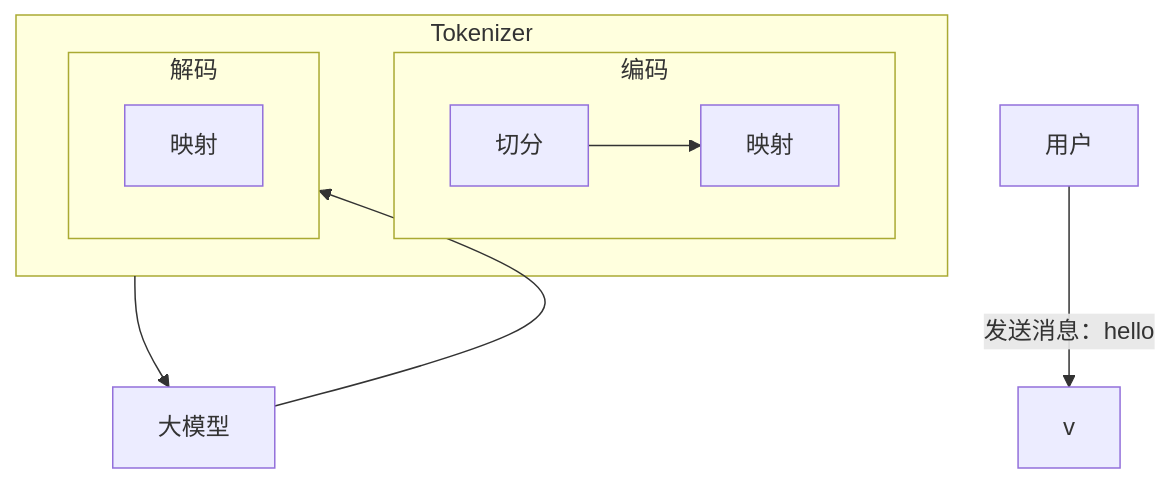
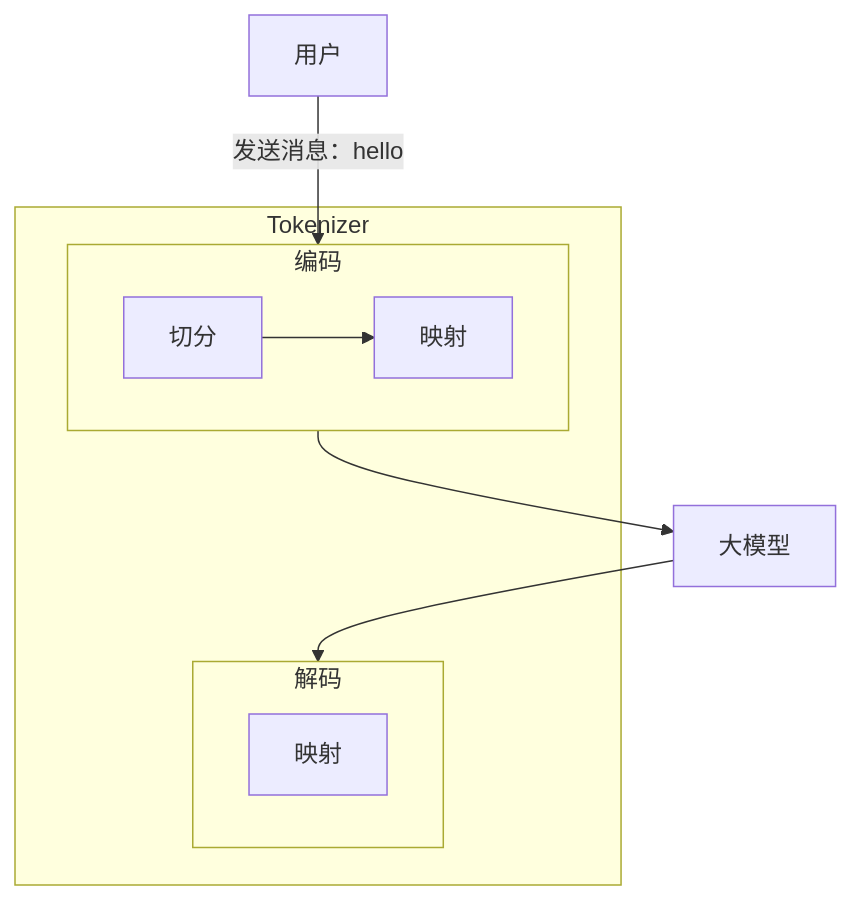
Before and after one commit to wangxiaoqi0123/iodraw-files: the diagram in all/未命名.md, drawn with Mermaid.

Commit message:
2026-04-09 17:01:13 update

````diff
--- a/all/未命名.md
+++ b/all/未命名.md
@@ -1,28 +1,28 @@
 ```mermaid
 flowchart 
     U[用户]
     M[大模型]
 
     %% 外层包裹：文本处理阶段
     subgraph Pipeline[Tokenizer]
         
         %% 编码模块
         subgraph Encoder[编码]
             E1[切分]
             E2[映射]
         end
 
         %% 解码模块
         subgraph Decoder[解码]
             D1[映射]
         end
 
     end
 
     %% 流程连接
-    U -- 发送消息：hello -->  v
+    U -- 发送消息：hello --> Encoder
     E1 --> E2
-    Pipeline --> M
+    Encoder --> M
     M --> Decoder
 
 ```
````
